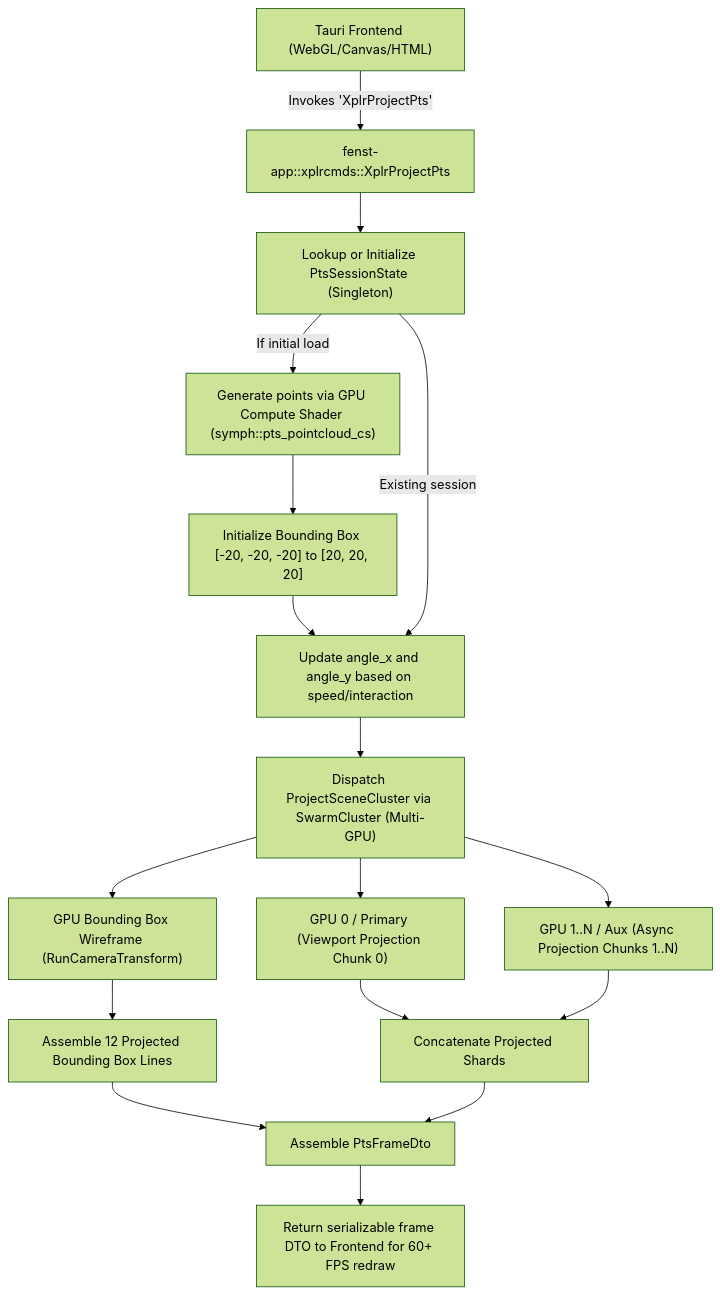
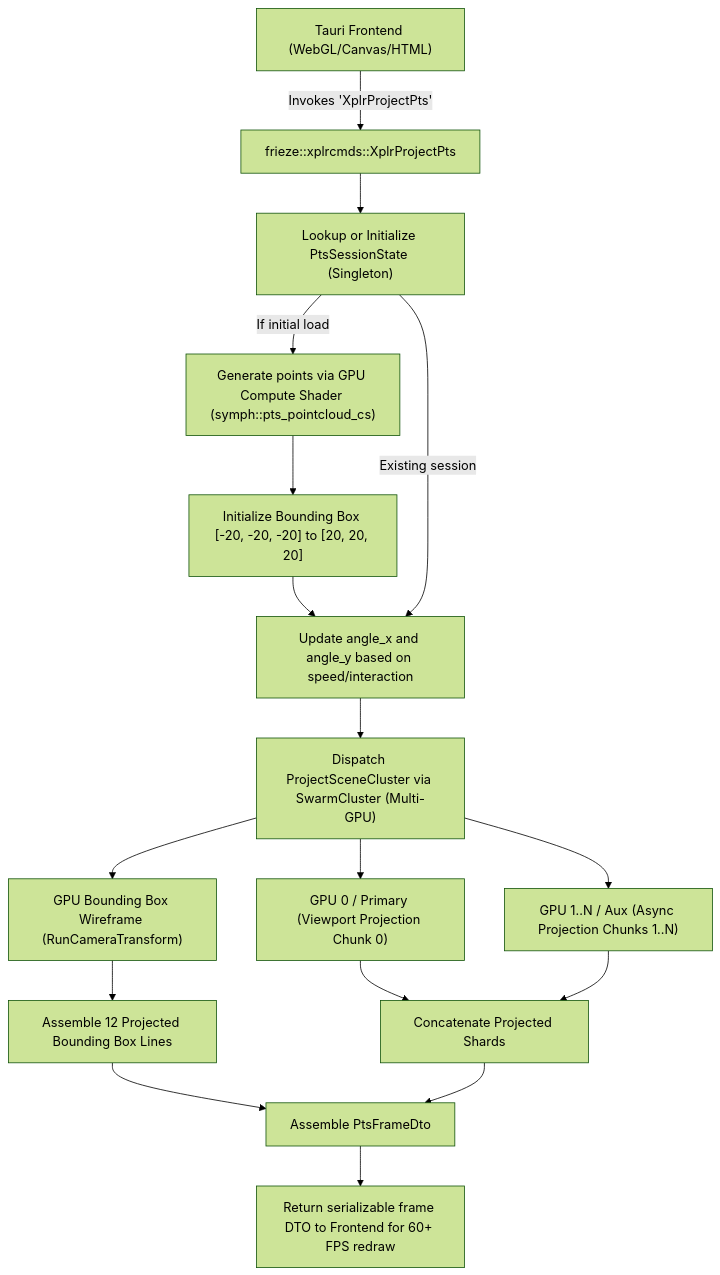
One commit to jswarup/Kosh changed the second of 2 diagrams in wiki/Fenst.md. Above: the diagram before and after it, drawn with Mermaid (forest theme). The commit also changed other lines of this file and 25 other files, not shown here.

Commit message:
Rename fenst-app to frieze

````diff
--- a/wiki/Fenst.md
+++ b/wiki/Fenst.md
@@ -82,23 +82,23 @@
 ```mermaid
 flowchart TD
-    Frontend["Tauri Frontend (WebGL/Canvas/HTML)"] -->|Invokes 'XplrProjectPts'| BackendCmd["fenst-app::xplrcmds::XplrProjectPts"]
+    Frontend["Tauri Frontend (WebGL/Canvas/HTML)"] -->|Invokes 'XplrProjectPts'| BackendCmd["frieze::xplrcmds::XplrProjectPts"]
     BackendCmd --> CheckState["Lookup or Initialize PtsSessionState (Singleton)"]
     
     CheckState -->|If initial load| GenPoints["Generate points via GPU Compute Shader (symph::pts_pointcloud_cs)"]
     GenPoints --> InitBBox["Initialize Bounding Box [-20, -20, -20] to [20, 20, 20]"]
     InitBBox --> RotateState["Update angle_x and angle_y based on speed/interaction"]
     
     CheckState -->|Existing session| RotateState
     RotateState --> Cluster["Dispatch ProjectSceneCluster via SwarmCluster (Multi-GPU)"]
     Cluster --> ShardGPU0["GPU 0 / Primary (Viewport Projection Chunk 0)"]
     Cluster --> ShardGPU1["GPU 1..N / Aux (Async Projection Chunks 1..N)"]
     Cluster --> GPUBox["GPU Bounding Box Wireframe (RunCameraTransform)"]
     
     ShardGPU0 --> MergeResults["Concatenate Projected Shards"]
     ShardGPU1 --> MergeResults
     GPUBox --> ConnectBox["Assemble 12 Projected Bounding Box Lines"]
     
     ConnectBox --> AssembleDto["Assemble PtsFrameDto"]
     MergeResults --> AssembleDto
     AssembleDto --> ReturnJSON["Return serializable frame DTO to Frontend for 60+ FPS redraw"]
 ```
````
